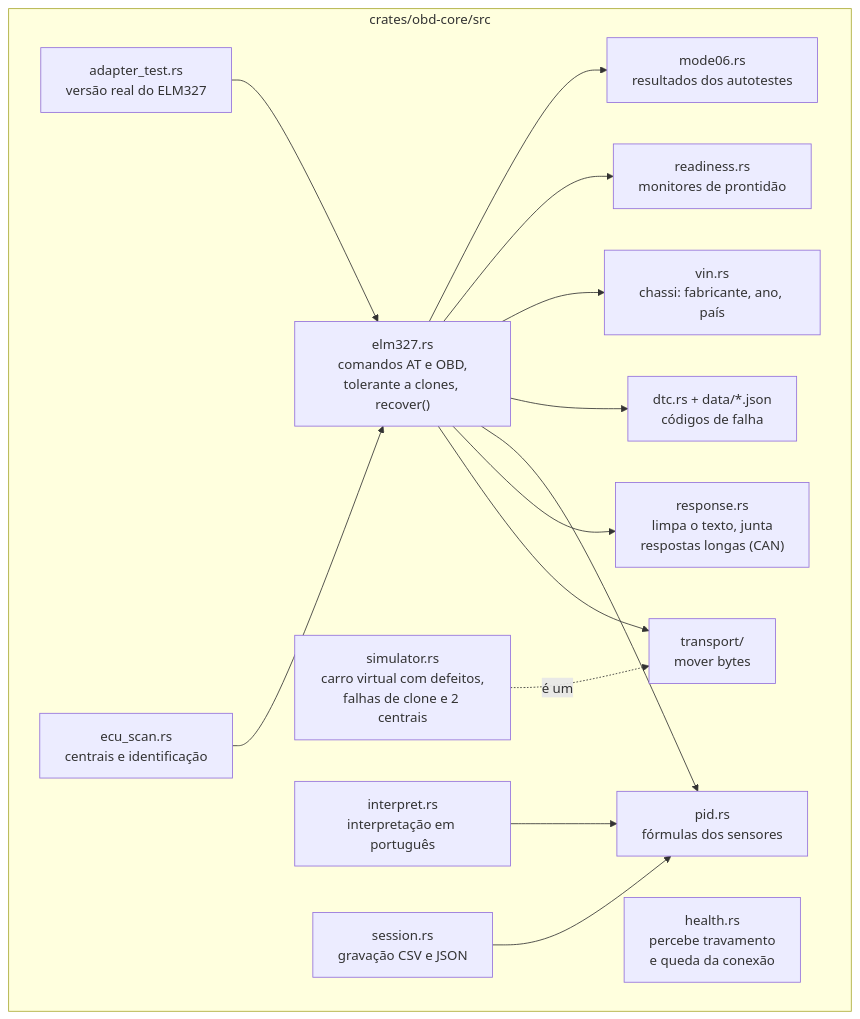
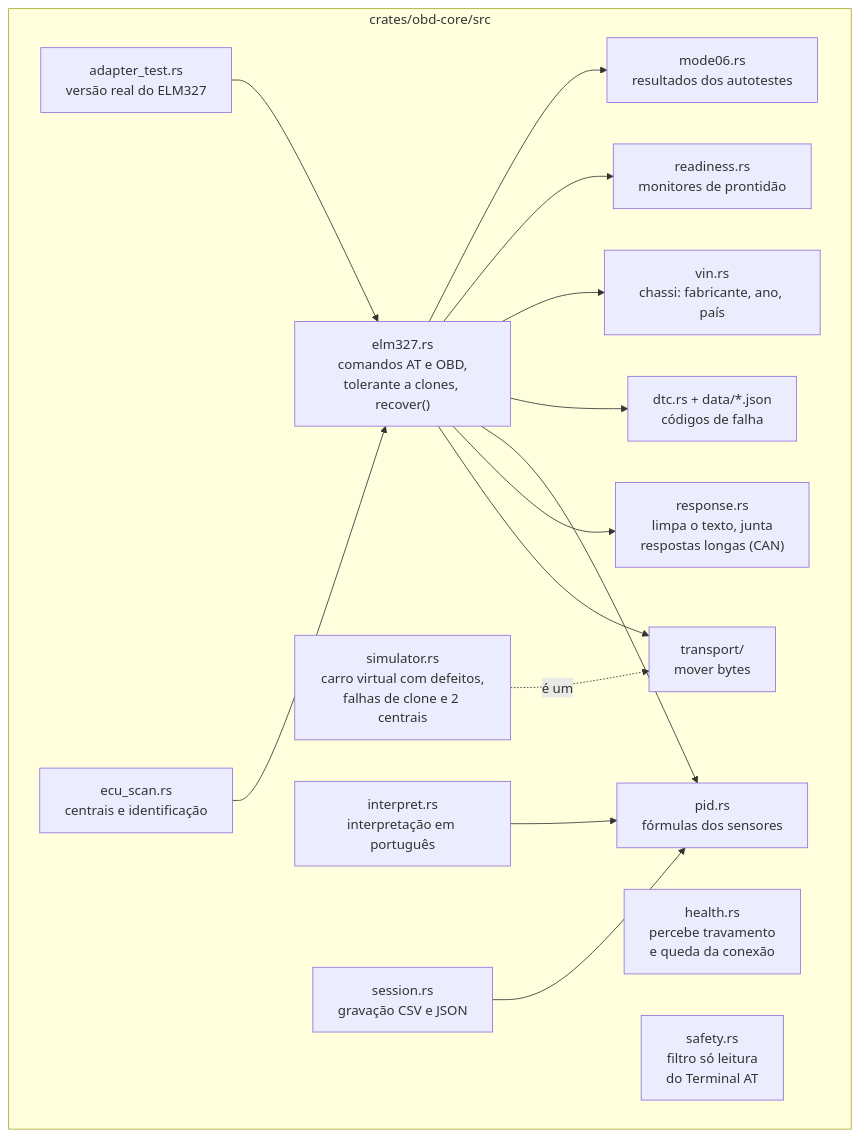
One commit to samuvieceli/obd2-scanner changed the fourth of 12 diagrams in docs/DIAGRAMAS.md. Above: the diagram before and after it, drawn with Mermaid. The commit also changed other lines of this file and 15 other files, not shown here.

First line of the commit message:
Só leitura garantido: filtro no Terminal AT e motor parado para apagar códigos

````diff
--- a/docs/DIAGRAMAS.md
+++ b/docs/DIAGRAMAS.md
@@ -106,27 +106,28 @@
 ```mermaid
 flowchart TB
     subgraph core["crates/obd-core/src"]
         transport["transport/<br/>mover bytes"]
         elm327["elm327.rs<br/>comandos AT e OBD,<br/>tolerante a clones, recover()"]
         response["response.rs<br/>limpa o texto, junta<br/>respostas longas (CAN)"]
         health["health.rs<br/>percebe travamento<br/>e queda da conexão"]
         pid["pid.rs<br/>fórmulas dos sensores"]
         dtc["dtc.rs + data/*.json<br/>códigos de falha"]
         vin["vin.rs<br/>chassi: fabricante, ano, país"]
         readiness["readiness.rs<br/>monitores de prontidão"]
         mode06["mode06.rs<br/>resultados dos autotestes"]
         interpret["interpret.rs<br/>interpretação em português"]
         session["session.rs<br/>gravação CSV e JSON"]
         simulator["simulator.rs<br/>carro virtual com defeitos,<br/>falhas de clone e 2 centrais"]
         adaptertest["adapter_test.rs<br/>versão real do ELM327"]
         ecuscan["ecu_scan.rs<br/>centrais e identificação"]
+        safety["safety.rs<br/>filtro só leitura<br/>do Terminal AT"]
     end
     adaptertest --> elm327
     ecuscan --> elm327
     elm327 --> transport
     elm327 --> response
     elm327 --> pid & dtc & vin & readiness & mode06
     simulator -. "é um" .-> transport
     interpret --> pid
     session --> pid
 ```
````
